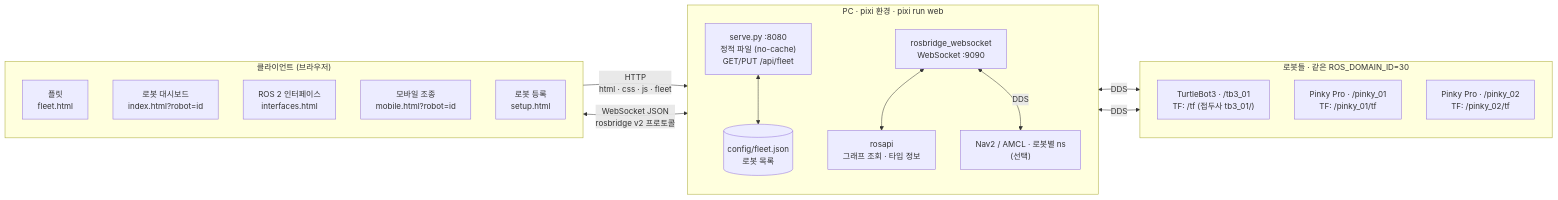
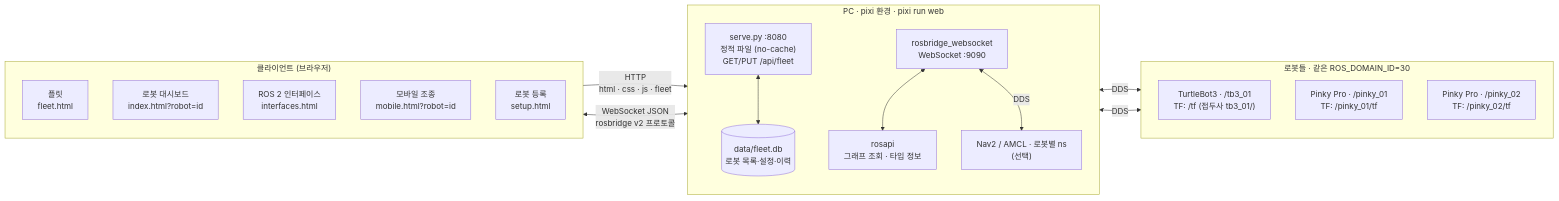
Before and after one commit to ryankim8815/ros2-fleet-console: the first of 19 diagrams in docs/architecture.md, drawn with Mermaid. The commit also changed other lines of this file and 28 other files, not shown here.

````diff
--- a/docs/architecture.md
+++ b/docs/architecture.md
@@ -16,35 +16,35 @@
 ```mermaid
 flowchart LR
     subgraph Clients["클라이언트 (브라우저)"]
         direction TB
         F["플릿<br/>fleet.html"]
         D["로봇 대시보드<br/>index.html?robot=id"]
         I["ROS 2 인터페이스<br/>interfaces.html"]
         M["모바일 조종<br/>mobile.html?robot=id"]
         S["로봇 등록<br/>setup.html"]
     end
 
     subgraph PC["PC · pixi 환경 · pixi run web"]
         direction TB
         HTTP["serve.py :8080<br/>정적 파일 (no-cache)<br/>GET/PUT /api/fleet"]
-        CFG[("config/fleet.json<br/>로봇 목록")]
+        CFG[("data/fleet.db<br/>로봇 목록·설정·이력")]
         RB["rosbridge_websocket<br/>WebSocket :9090"]
         RA["rosapi<br/>그래프 조회 · 타입 정보"]
         NAV["Nav2 / AMCL · 로봇별 ns<br/>(선택)"]
     end
 
     subgraph Robots["로봇들 · 같은 ROS_DOMAIN_ID=30"]
         direction TB
         T1["TurtleBot3 · /tb3_01<br/>TF: /tf (접두사 tb3_01/)"]
         P1["Pinky Pro · /pinky_01<br/>TF: /pinky_01/tf"]
         P2["Pinky Pro · /pinky_02<br/>TF: /pinky_02/tf"]
     end
 
     Clients -- "HTTP<br/>html · css · js · fleet" --> HTTP
     HTTP <--> CFG
     Clients <-- "WebSocket JSON<br/>rosbridge v2 프로토콜" --> RB
     RB <--> RA
     RB <-- "DDS" --> Robots
     RB <-- "DDS" --> NAV
     NAV <-- "DDS" --> Robots
 ```
````
